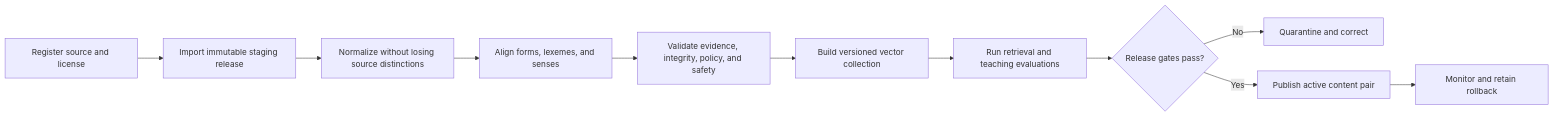
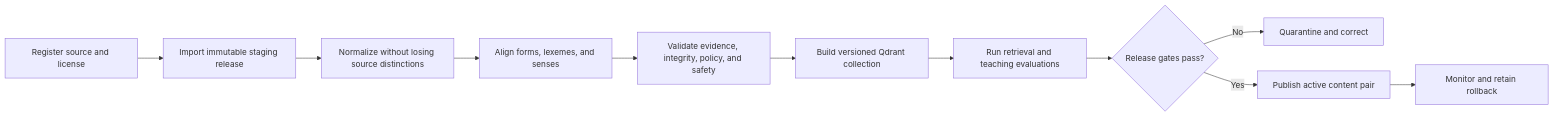
Before and after one commit to Ashex-x/Transnet: the diagram in docs/guides/content-publishing.md, drawn with Mermaid. The commit also changed other lines of this file and 39 other files, not shown here.

````diff
--- a/docs/guides/content-publishing.md
+++ b/docs/guides/content-publishing.md
@@ -26,13 +30,13 @@
 ```mermaid
 flowchart LR
   register["Register source and license"] --> stage["Import immutable staging release"]
   stage --> normalize["Normalize without losing source distinctions"]
   normalize --> align["Align forms, lexemes, and senses"]
   align --> validate["Validate evidence, integrity, policy, and safety"]
-  validate --> embed["Build versioned vector collection"]
+  validate --> embed["Build versioned Qdrant collection"]
   embed --> evaluate["Run retrieval and teaching evaluations"]
   evaluate --> approve{"Release gates pass?"}
   approve -->|"No"| quarantine["Quarantine and correct"]
   approve -->|"Yes"| publish["Publish active content pair"]
   publish --> observe["Monitor and retain rollback"]
 ```
````
